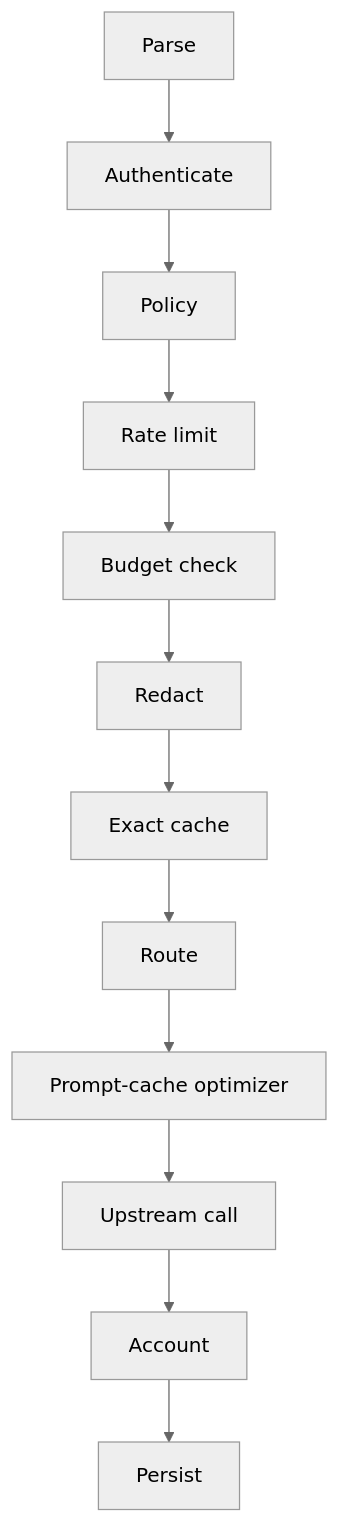
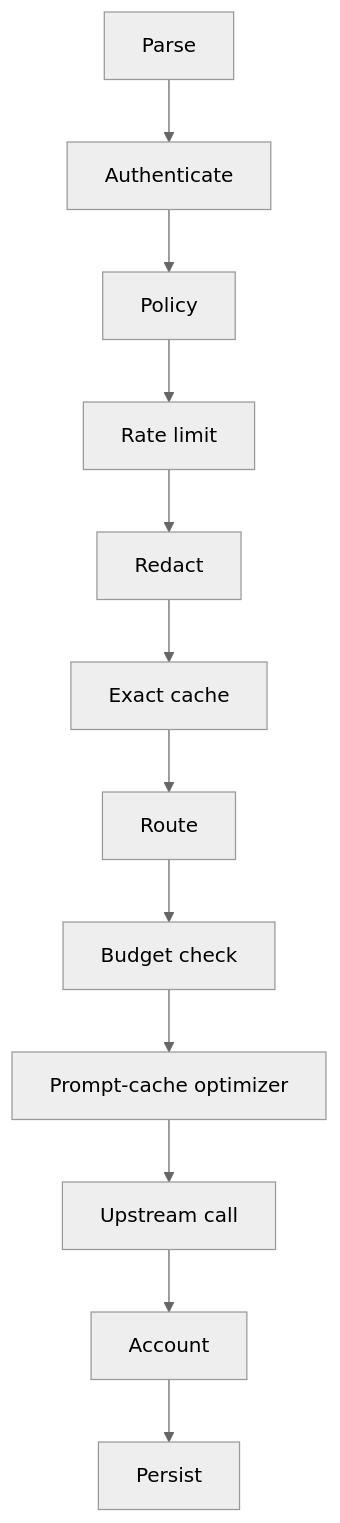
One commit to 852hamza/chowki changed the second of 2 diagrams in docs/concepts/architecture.md. Above: the diagram before and after it, drawn with Mermaid (neutral theme). The commit also changed other lines of this file and 4 other files, not shown here.

````diff
--- a/docs/concepts/architecture.md
+++ b/docs/concepts/architecture.md
@@ -49,6 +49,6 @@
 ```mermaid
 flowchart TD
-  A[Parse] --> B[Authenticate] --> C[Policy] --> D[Rate limit] --> E[Budget check]
-  E --> F[Redact] --> G[Exact cache] --> H[Route] --> I[Prompt-cache optimizer]
+  A[Parse] --> B[Authenticate] --> C[Policy] --> D[Rate limit] --> E[Redact]
+  E --> F[Exact cache] --> G[Route] --> H[Budget check] --> I[Prompt-cache optimizer]
   I --> J[Upstream call] --> K[Account] --> L[Persist]
 ```
````
